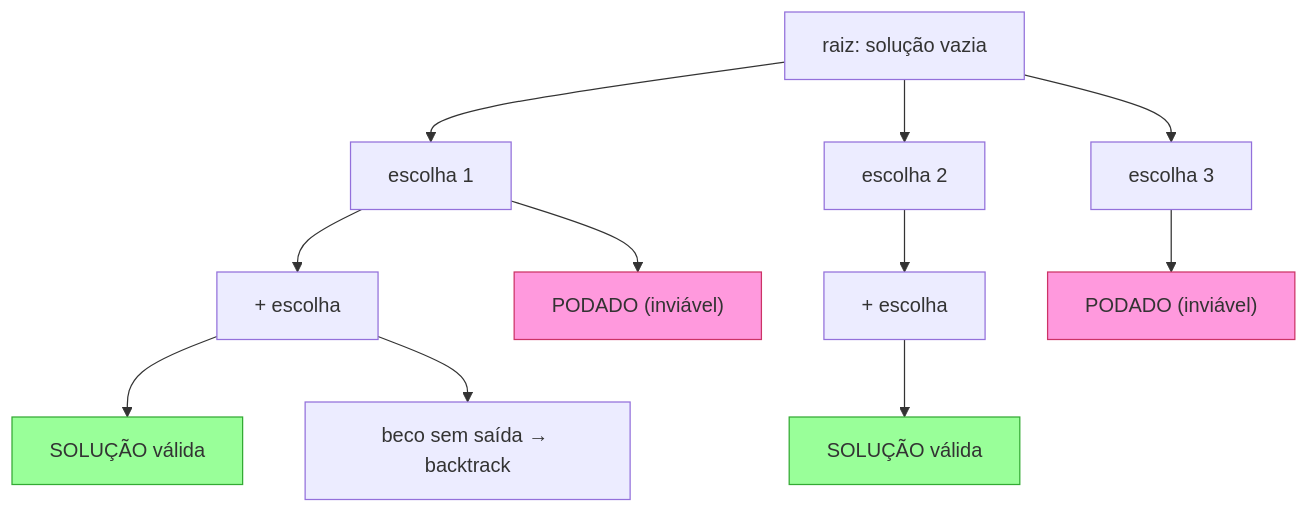
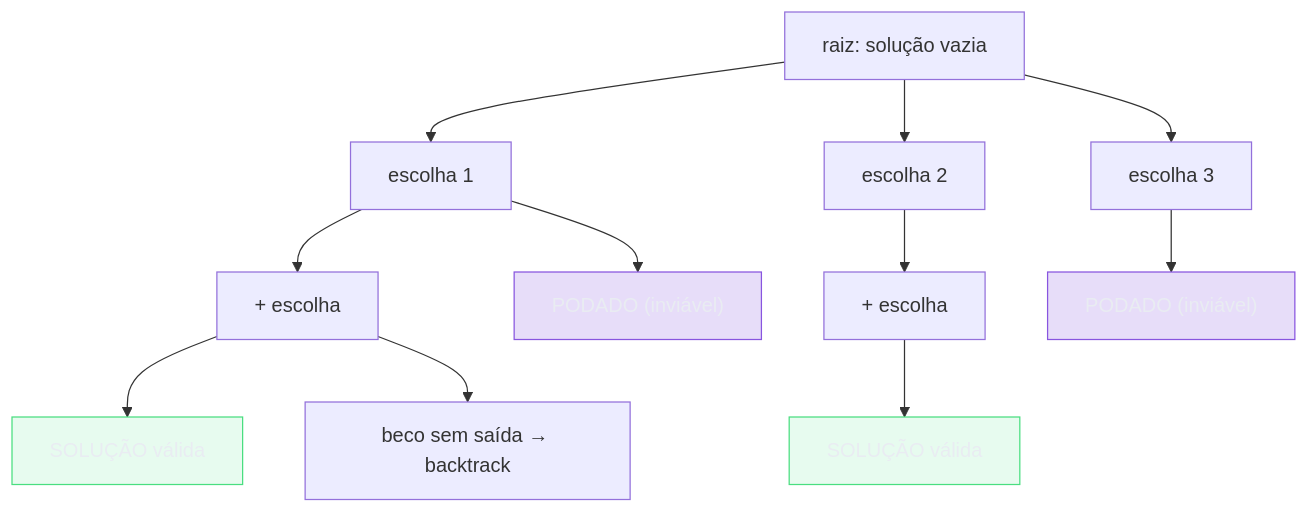
Before and after one commit to josenaldo/codex-technomanticus: the first of 6 diagrams in 03-Dominios/Ciência/Algoritmos/12 - Backtracking.md, drawn with Mermaid. The commit also changed other lines of this file and 1181 other files, not shown here.

First line of the commit message:
fix(diagramas): paleta do sistema no lugar de cor cravada no markdown

````diff
--- a/03-Dominios/Ciência/Algoritmos/12 - Backtracking.md
+++ b/03-Dominios/Ciência/Algoritmos/12 - Backtracking.md
@@ -44,18 +44,20 @@
 ```mermaid
 flowchart TD
+    classDef marca fill:#8855DF33,stroke:#8855DF,color:#E9ECF2
+    classDef ok fill:#4ADE8021,stroke:#4ADE80,color:#E9ECF2
     A["raiz: solução vazia"] --> B["escolha 1"]
     A --> C["escolha 2"]
     A --> D["escolha 3"]
     B --> B1["+ escolha"]
     B --> B2["PODADO (inviável)"]
     B1 --> B1a["SOLUÇÃO válida"]
     B1 --> B1b["beco sem saída → backtrack"]
     C --> C1["+ escolha"]
     C1 --> C1a["SOLUÇÃO válida"]
     D --> D1["PODADO (inviável)"]
 
-    style B2 fill:#f9d,stroke:#c36
-    style D1 fill:#f9d,stroke:#c36
-    style B1a fill:#9f9,stroke:#3a3
-    style C1a fill:#9f9,stroke:#3a3
+    class B2 marca
+    class D1 marca
+    class B1a ok
+    class C1a ok
 ```
````
